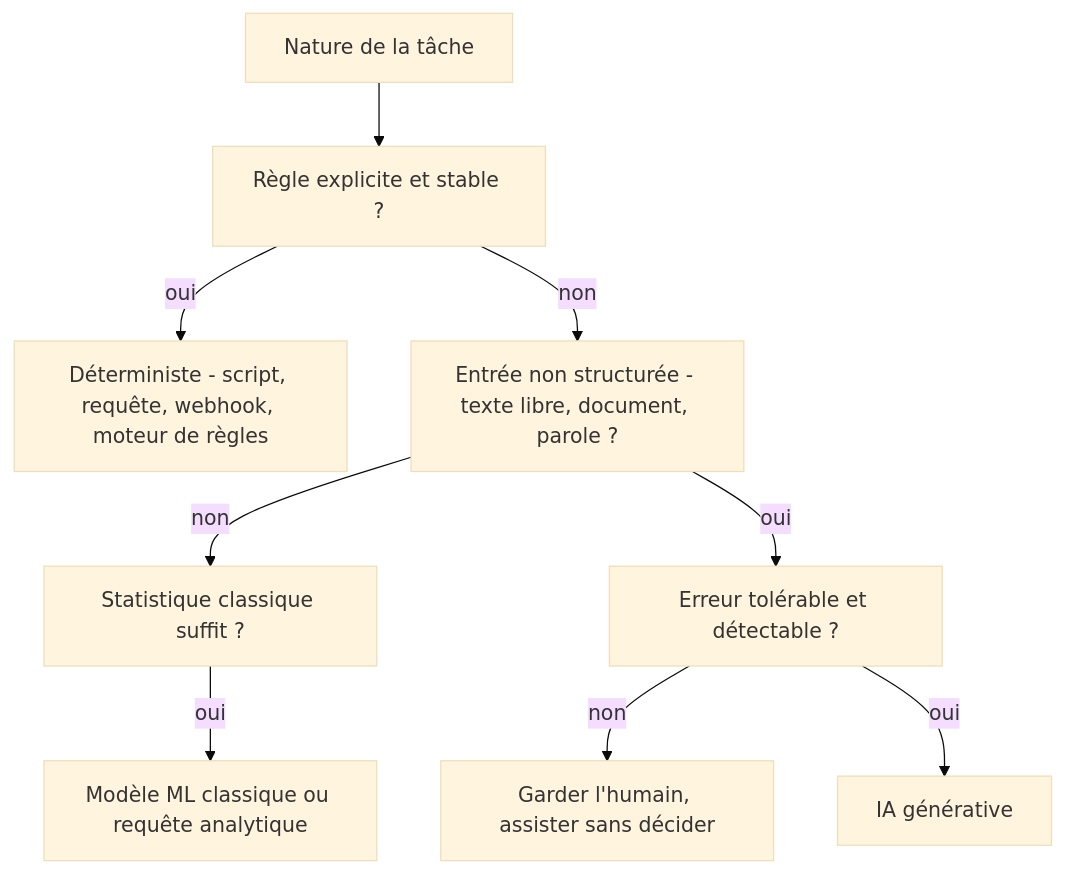
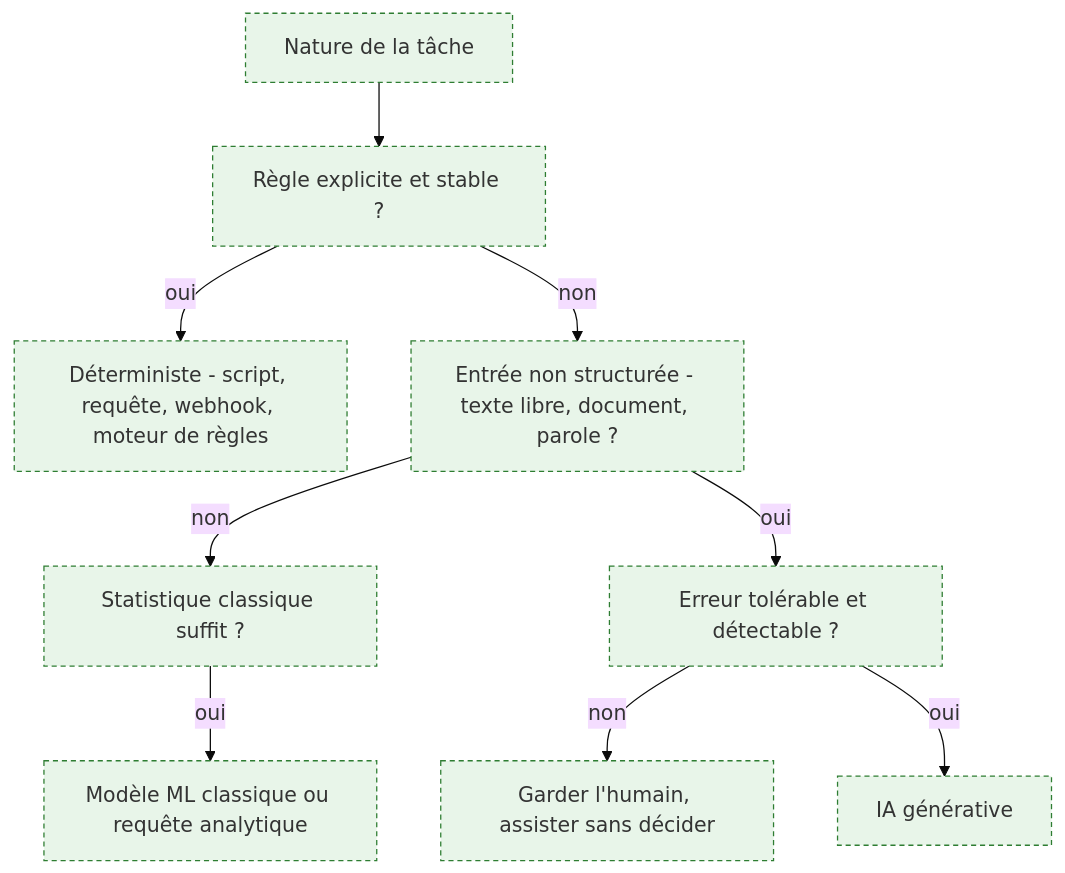
The diagram in content/notions/arbitrage-deterministe-probabiliste.md (floSa/Atlas-Metiers-Roadmaps), drawn with Mermaid (base theme) before and after one commit.

Commit message:
Grille d'arbitrage : retablit le marquage vert de l'apport propre

````diff
--- a/content/notions/arbitrage-deterministe-probabiliste.md
+++ b/content/notions/arbitrage-deterministe-probabiliste.md
@@ -22,11 +22,12 @@
 ```mermaid
 flowchart TD
-  t["Nature de la tâche"] --> r1["Règle explicite et stable ?"]
-  r1 -->|"oui"| det["Déterministe - script, requête, webhook, moteur de règles"]
-  r1 -->|"non"| r2["Entrée non structurée - texte libre, document, parole ?"]
-  r2 -->|"non"| r3["Statistique classique suffit ?"]
-  r3 -->|"oui"| ml["Modèle ML classique ou requête analytique"]
-  r2 -->|"oui"| r4["Erreur tolérable et détectable ?"]
-  r4 -->|"non"| hum["Garder l'humain, assister sans décider"]
-  r4 -->|"oui"| gen["IA générative"]
+  t["Nature de la tâche"]:::ajout --> r1["Règle explicite et stable ?"]:::ajout
+  r1 -->|"oui"| det["Déterministe - script, requête, webhook, moteur de règles"]:::ajout
+  r1 -->|"non"| r2["Entrée non structurée - texte libre, document, parole ?"]:::ajout
+  r2 -->|"non"| r3["Statistique classique suffit ?"]:::ajout
+  r3 -->|"oui"| ml["Modèle ML classique ou requête analytique"]:::ajout
+  r2 -->|"oui"| r4["Erreur tolérable et détectable ?"]:::ajout
+  r4 -->|"non"| hum["Garder l'humain, assister sans décider"]:::ajout
+  r4 -->|"oui"| gen["IA générative"]:::ajout
+  classDef ajout fill:#e8f5e9,stroke:#2e7d32,stroke-width:1px,stroke-dasharray:4 3
 ```
````
